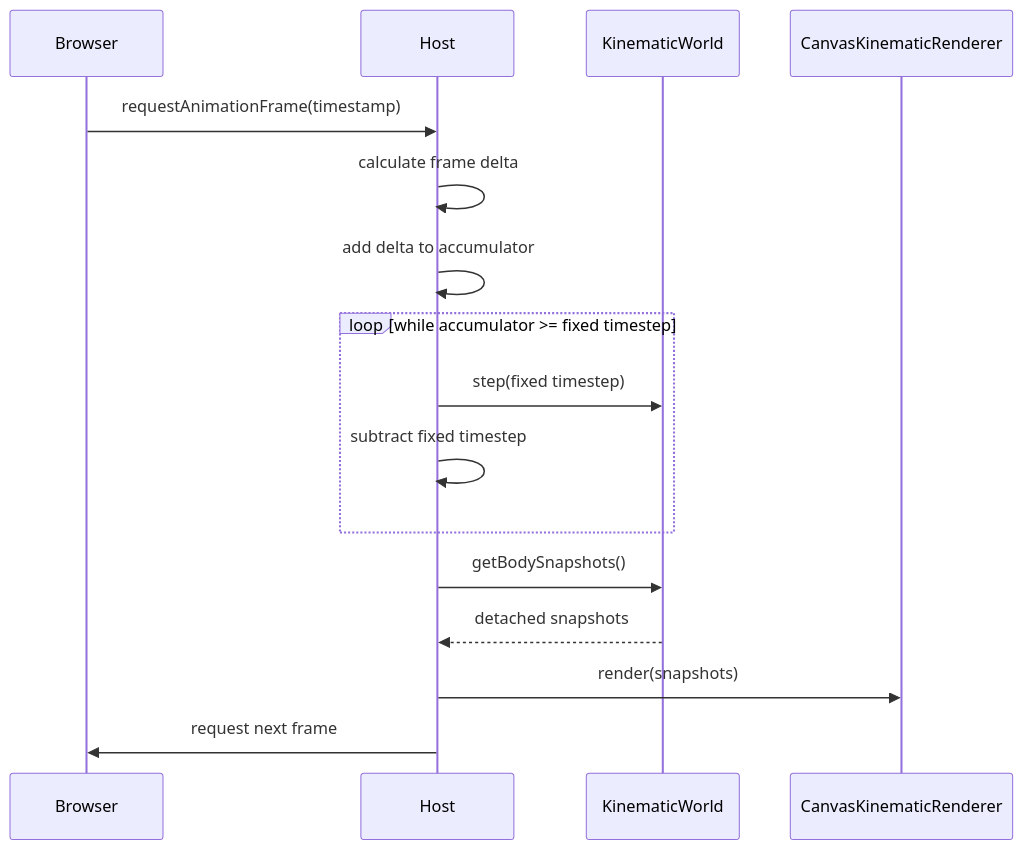
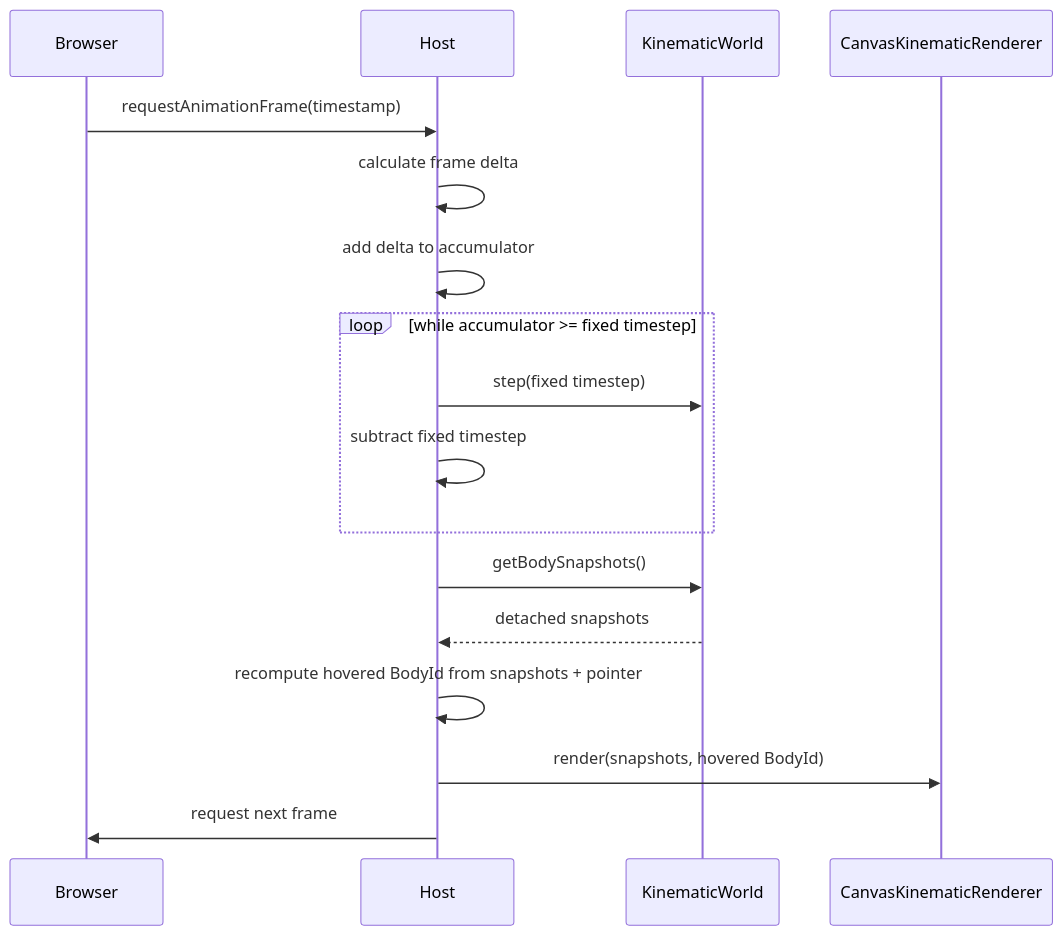
Diagram 12 of 20 in docs/architecture/README.md (fa-ribeiro/vLab2D), drawn with Mermaid before and after one commit. The commit also changed other lines of this file and 7 other files, not shown here.

````diff
--- a/docs/architecture/README.md
+++ b/docs/architecture/README.md
@@ -564,21 +565,22 @@
 ```mermaid
 sequenceDiagram
     participant Browser
     participant Host
     participant World as KinematicWorld
     participant Renderer as CanvasKinematicRenderer
 
     Browser->>Host: requestAnimationFrame(timestamp)
     Host->>Host: calculate frame delta
     Host->>Host: add delta to accumulator
 
     loop while accumulator >= fixed timestep
         Host->>World: step(fixed timestep)
         Host->>Host: subtract fixed timestep
     end
 
     Host->>World: getBodySnapshots()
     World-->>Host: detached snapshots
-    Host->>Renderer: render(snapshots)
+    Host->>Host: recompute hovered BodyId from snapshots + pointer
+    Host->>Renderer: render(snapshots, hovered BodyId)
     Host->>Browser: request next frame
 ```
````
